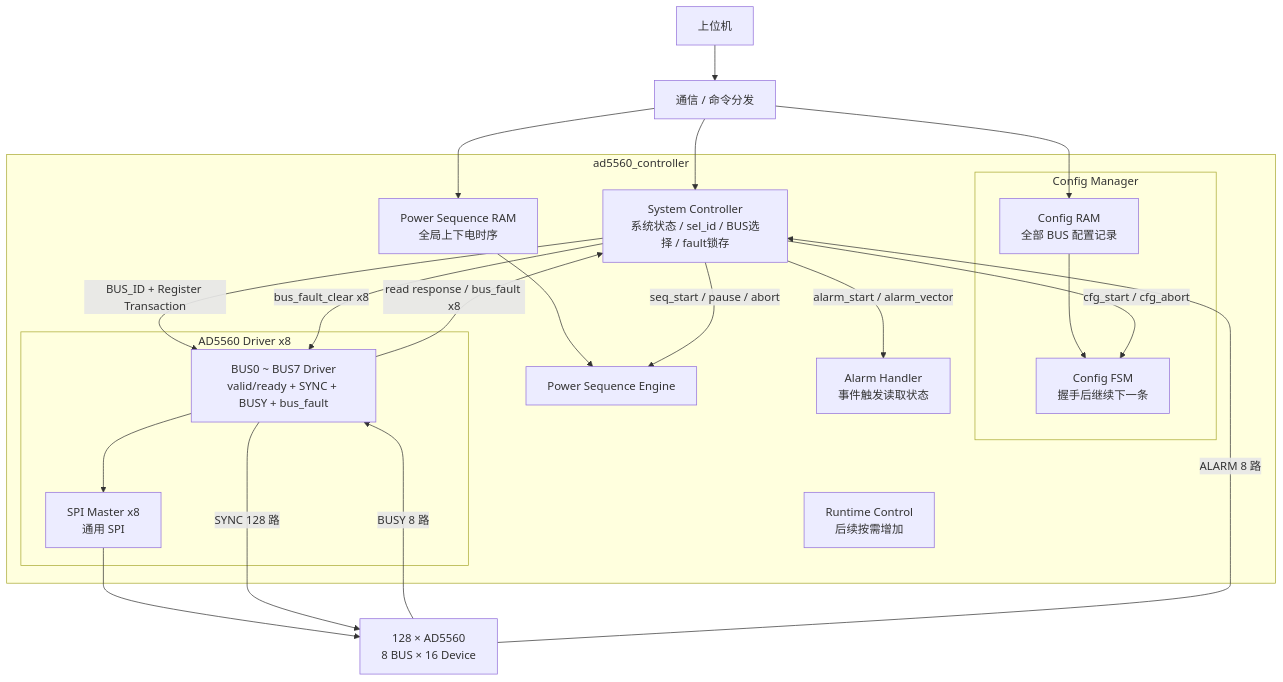
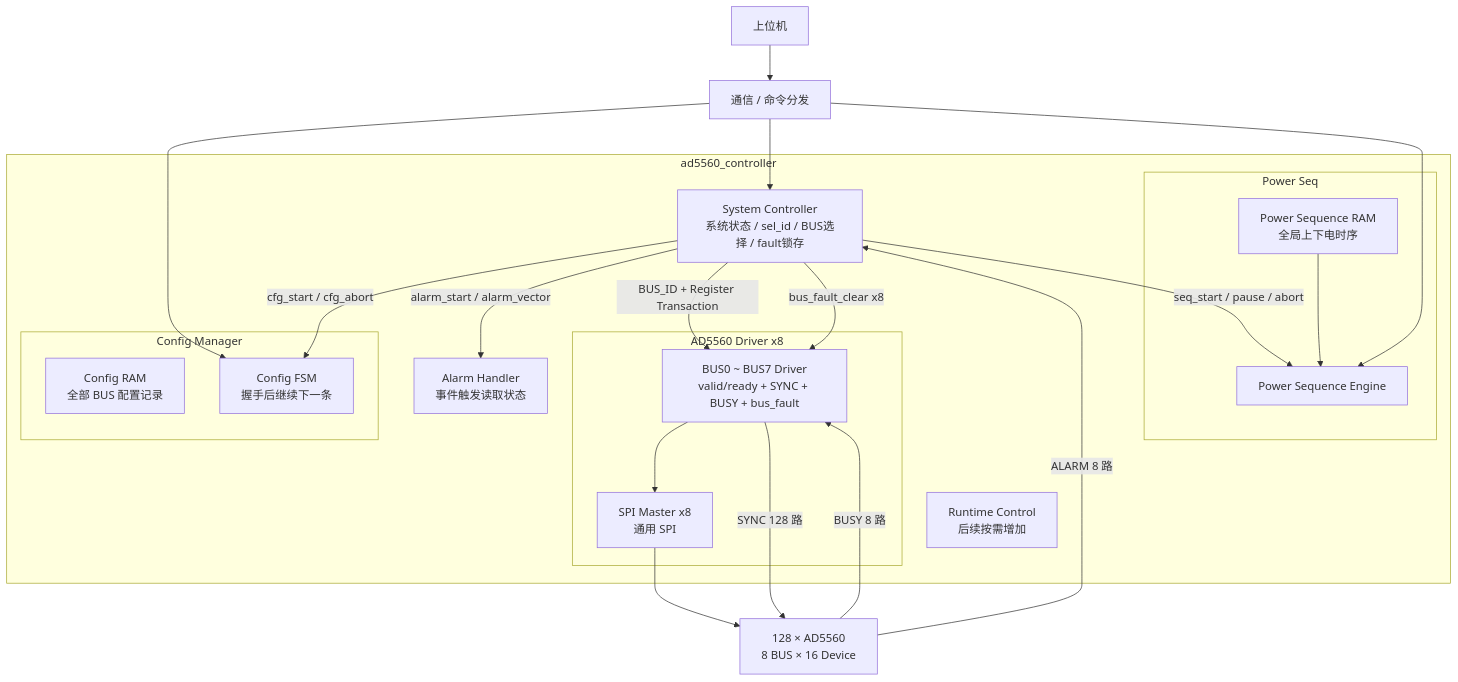
Before and after one commit to hhanghhhhh/hbm_proj: the diagram in AD5560/SYSTEM_ARCHITECTURE.md, drawn with Mermaid.

````diff
--- a/AD5560/SYSTEM_ARCHITECTURE.md
+++ b/AD5560/SYSTEM_ARCHITECTURE.md
@@ -204,48 +204,49 @@
 ```mermaid
 flowchart TB
     PC[上位机]
     COMM[通信 / 命令分发]
 
     subgraph CTRL[ad5560_controller]
         SYS[System Controller\n系统状态 / sel_id / BUS选择 / fault锁存]
 
         subgraph CFG[Config Manager]
             CRAM[Config RAM\n全部 BUS 配置记录]
             CM[Config FSM\n握手后继续下一条]
-            CRAM --> CM
         end
 
-        PSRAM[Power Sequence RAM\n全局上下电时序]
-        PSE[Power Sequence Engine]
+        subgraph PSEQ[Power Seq]
+            PSRAM[Power Sequence RAM\n全局上下电时序]
+            PSE[Power Sequence Engine]
+        end
+
         AH[Alarm Handler\n事件触发读取状态]
         RC[Runtime Control\n后续按需增加]
 
         subgraph DRIVERS[AD5560 Driver x8]
             DRV[BUS0 ~ BUS7 Driver\nvalid/ready + SYNC + BUSY + bus_fault]
             SPI[SPI Master x8\n通用 SPI]
             DRV --> SPI
         end
 
         PSRAM --> PSE
 
         SYS -->|cfg_start / cfg_abort| CM
         SYS -->|seq_start / pause / abort| PSE
         SYS -->|alarm_start / alarm_vector| AH
 
         SYS -->|BUS_ID + Register Transaction| DRV
-        DRV -->|read response / bus_fault x8| SYS
         SYS -->|bus_fault_clear x8| DRV
     end
 
     DEV[128 × AD5560\n8 BUS × 16 Device]
 
     PC --> COMM
-    COMM --> CRAM
+    COMM --> CM
     COMM --> SYS
-    COMM --> PSRAM
+    COMM --> PSE
 
     SPI --> DEV
     DRV -->|SYNC 128 路| DEV
     DEV -->|BUSY 8 路| DRV
     DEV -->|ALARM 8 路| SYS
 ```
````
